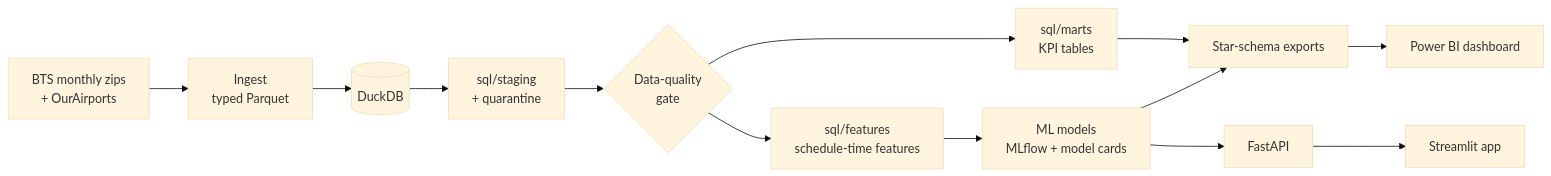
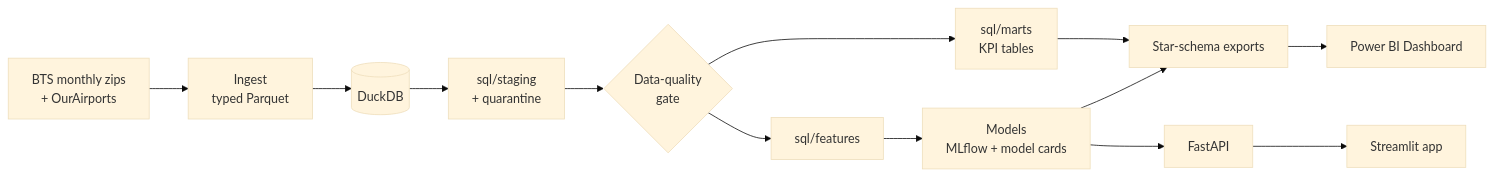
The diagram in README.md (tnishant082-dev/flight-disruption-intelligence), drawn with Mermaid (base theme) before and after one commit. The commit also changed other lines of this file, not shown here.

Commit message:
Rewrite README around the problem, dashboard and results

````diff
--- a/README.md
+++ b/README.md
@@ -111,15 +123,15 @@
 ```mermaid
 flowchart LR
     A[BTS monthly zips<br/>+ OurAirports] --> B[Ingest<br/>typed Parquet]
     B --> C[(DuckDB)]
     C --> D[sql/staging<br/>+ quarantine]
     D --> Q{Data-quality<br/>gate}
     Q --> E[sql/marts<br/>KPI tables]
-    Q --> F[sql/features<br/>schedule-time features]
-    F --> G[ML models<br/>MLflow + model cards]
+    Q --> F[sql/features]
+    F --> G[Models<br/>MLflow + model cards]
     G --> H[FastAPI]
     H --> I[Streamlit app]
     E --> J[Star-schema exports]
     G --> J
-    J --> K[Power BI dashboard]
+    J --> K[Power BI Dashboard]
 ```
````
